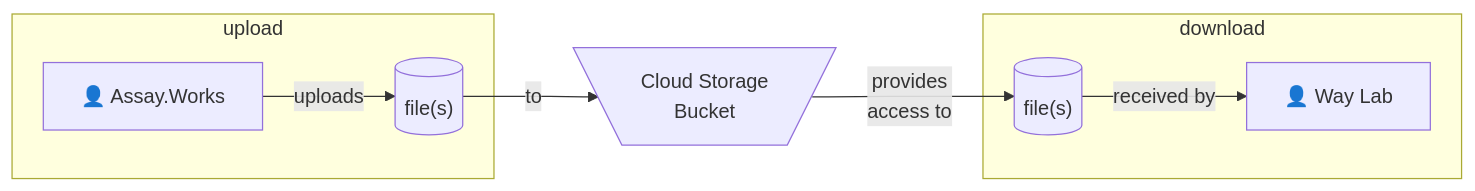
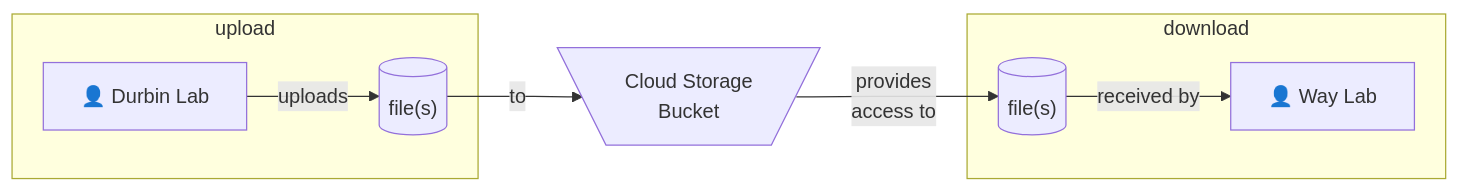
One commit to CU-DBMI/gc-cloud-storage-bucket changed the diagram in README.md. Above: the diagram before and after it, drawn with Mermaid. The commit also changed other lines of this file and 16 other files, not shown here.

````diff
--- a/README.md
+++ b/README.md
@@ -3,18 +3,18 @@
 ```mermaid
 flowchart LR
     subgraph upload
       files[("file(s)")]
-      assayworks["👤 Assay.Works"]
+      durbinlab["👤 Durbin Lab"]
 
     end
     subgraph download
       waylab["👤 Way Lab"]
       files2[("file(s)")]
     end
     bucket[\"Cloud Storage\n Bucket"/]
     files --> |to| bucket
-    assayworks --> |uploads| files
+    durbinlab --> |uploads| files
     bucket --> |provides\naccess to| files2
     files2 --> |received by| waylab
 
 ```
````
